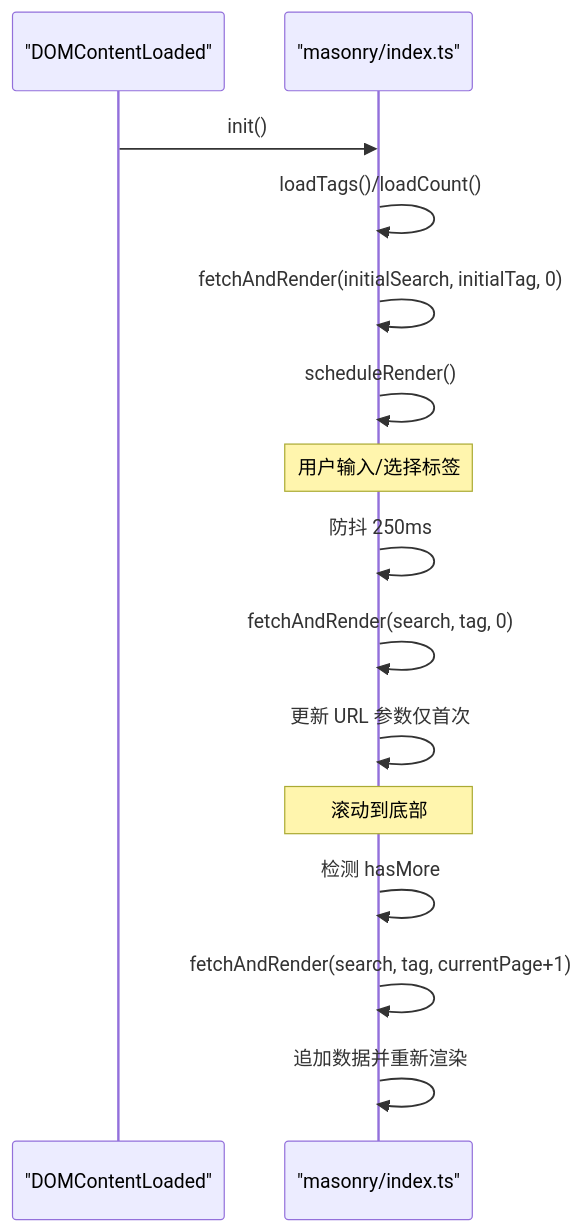
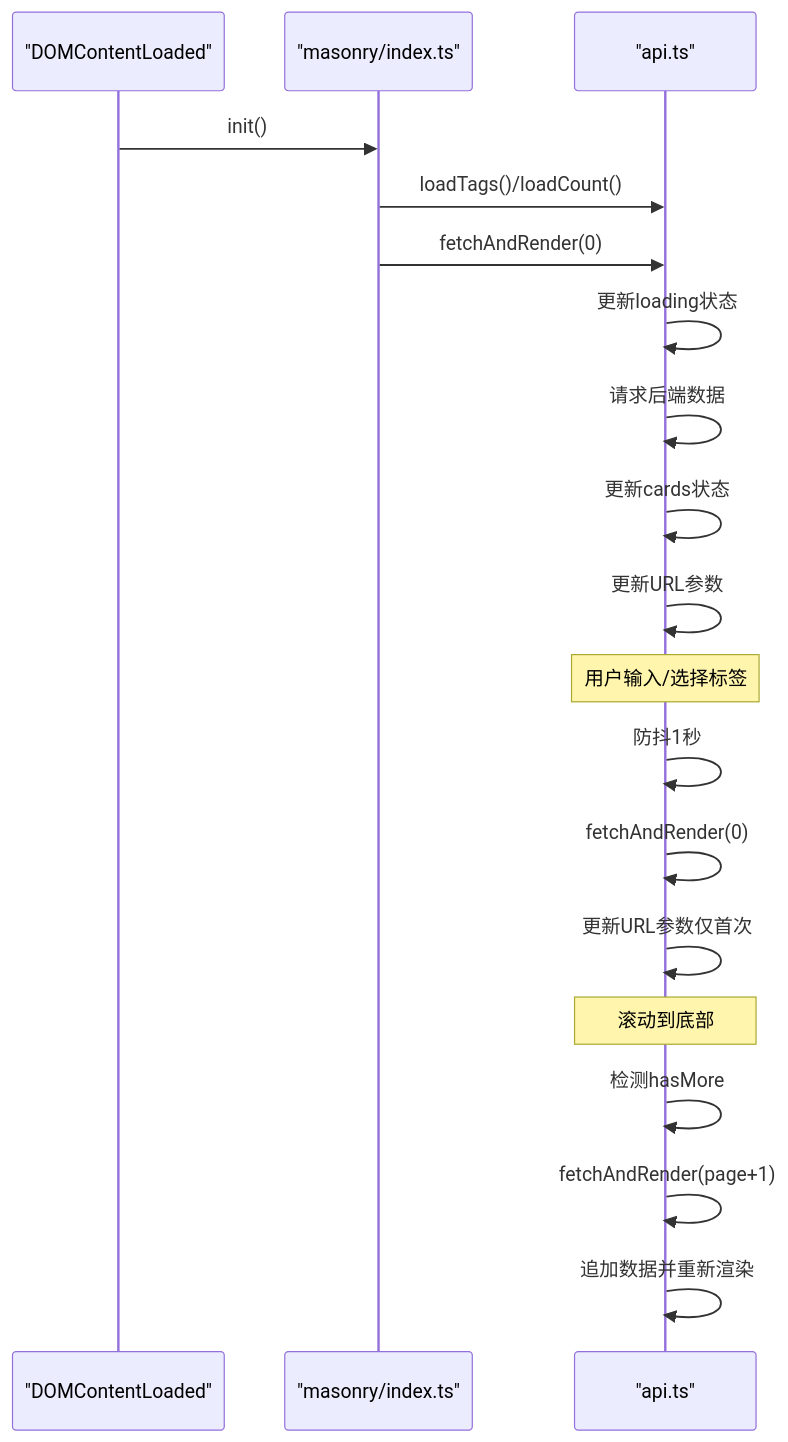
Diagram 12 of 14 in .qoder/repowiki/zh/content/核心功能/瀑布流展示系统.md (BlackBoxRecorder/memos), drawn with Mermaid before and after one commit. The commit also changed other lines of this file and 10 other files, not shown here.

````diff
--- a/.qoder/repowiki/zh/content/核心功能/瀑布流展示系统.md
+++ b/.qoder/repowiki/zh/content/核心功能/瀑布流展示系统.md
@@ -344,17 +454,21 @@
 ```mermaid
 sequenceDiagram
 participant DOM as "DOMContentLoaded"
-participant M as "masonry/index.ts"
-DOM->>M : init()
-M->>M : loadTags()/loadCount()
-M->>M : fetchAndRender(initialSearch, initialTag, 0)
-M->>M : scheduleRender()
-Note over M : 用户输入/选择标签
-M->>M : 防抖 250ms
-M->>M : fetchAndRender(search, tag, 0)
-M->>M : 更新 URL 参数仅首次
-Note over M : 滚动到底部
-M->>M : 检测 hasMore
-M->>M : fetchAndRender(search, tag, currentPage+1)
-M->>M : 追加数据并重新渲染
+participant Entry as "masonry/index.ts"
+participant API as "api.ts"
+DOM->>Entry : init()
+Entry->>API : loadTags()/loadCount()
+Entry->>API : fetchAndRender(0)
+API->>API : 更新loading状态
+API->>API : 请求后端数据
+API->>API : 更新cards状态
+API->>API : 更新URL参数
+Note over API : 用户输入/选择标签
+API->>API : 防抖1秒
+API->>API : fetchAndRender(0)
+API->>API : 更新URL参数仅首次
+Note over API : 滚动到底部
+API->>API : 检测hasMore
+API->>API : fetchAndRender(page+1)
+API->>API : 追加数据并重新渲染
 ```
````
